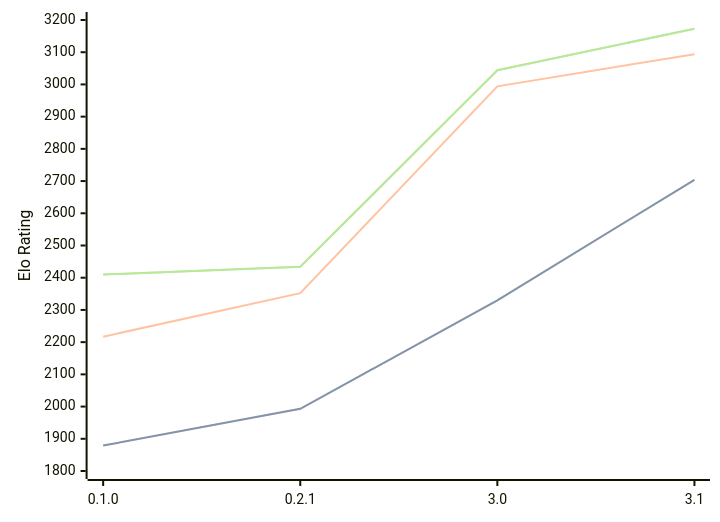
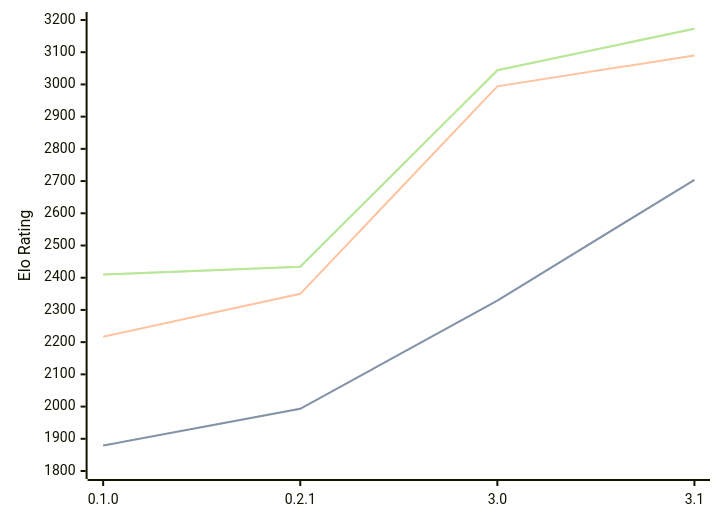
The diagram in engines/Sykora.md (computer-chess-index/cci), drawn with Mermaid before and after one commit. The commit also changed other lines of this file, not shown here.

````diff
--- a/engines/Sykora.md
+++ b/engines/Sykora.md
@@ -35,11 +35,11 @@
 ```mermaid
 %%{init: {"theme":"base","themeVariables":{"seriesColors:['#a3a3a3','#222221','#faa371']}}}%%
 xychart-beta
   x-axis ["0.1.0", "0.2.1", "3.0", "3.1"]
   y-axis "Elo Rating" 1800 --> 3200
-  line "STC (8.0+0.08s)" [1879, 1993, 2330, 2704]
-  line "STC (8.0+0.08s)" [1879, 1993, 2330, 2704]
-  line "LTC (60.0+0.60s)" [2217, 2352, 2994, 3094]
+  line "STC (8.0+0.08s)" [1879, 1993, 2329, 2704]
+  line "STC (8.0+0.08s)" [1879, 1993, 2329, 2704]
+  line "LTC (60.0+0.60s)" [2217, 2350, 2994, 3090]
   line "VLTC (2m24s+1.12s)" [2410, 2434, 3044, 3173]
   line "VLTC (2m24s+1.12s)" [2410, 2434, 3044, 3173]
 ```
````
